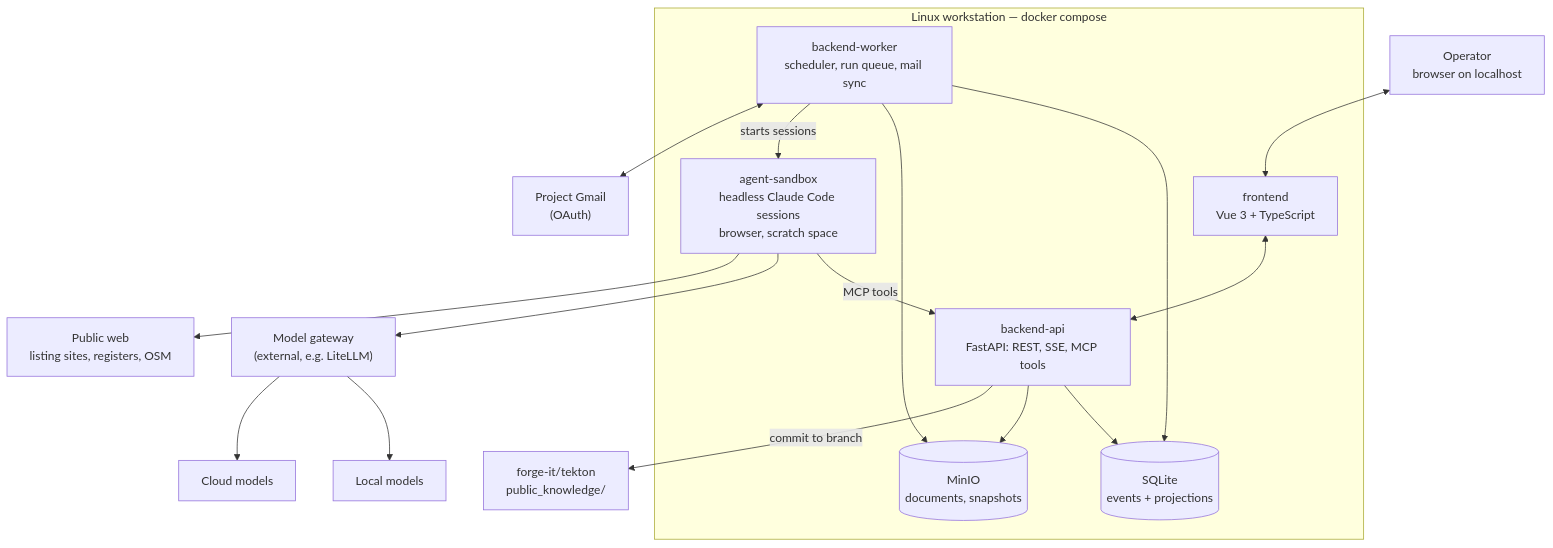
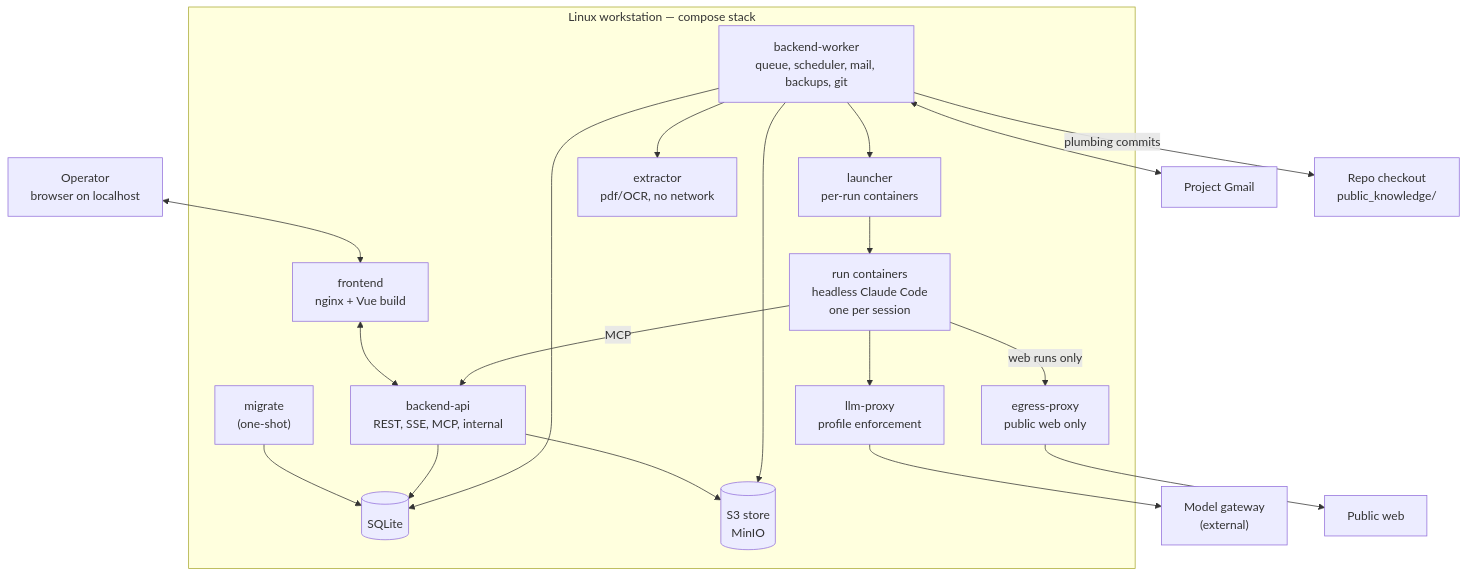
The diagram in docs/technical-spec.md (forgeit-co/tekton), drawn with Mermaid before and after one commit. The commit also changed other lines of this file and 4 other files, not shown here.

````diff
--- a/docs/technical-spec.md
+++ b/docs/technical-spec.md
@@ -17,34 +31,37 @@
 ```mermaid
 flowchart TB
     OP["Operator<br/>browser on localhost"]
 
-    subgraph WS["Linux workstation — docker compose"]
-        FE["frontend<br/>Vue 3 + TypeScript"]
-        API["backend-api<br/>FastAPI: REST, SSE, MCP tools"]
-        WK["backend-worker<br/>scheduler, run queue, mail sync"]
-        DB[("SQLite<br/>events + projections")]
-        S3[("MinIO<br/>documents, snapshots")]
-        SB["agent-sandbox<br/>headless Claude Code sessions<br/>browser, scratch space"]
+    subgraph WS["Linux workstation — compose stack"]
+        FE["frontend<br/>nginx + Vue build"]
+        API["backend-api<br/>REST, SSE, MCP, internal"]
+        WK["backend-worker<br/>queue, scheduler, mail, backups, git"]
+        MIG["migrate<br/>(one-shot)"]
+        DB[("SQLite")]
+        S3[("S3 store<br/>MinIO")]
+        LNC["launcher<br/>per-run containers"]
+        EXT["extractor<br/>pdf/OCR, no network"]
+        LLM["llm-proxy<br/>profile enforcement"]
+        EGR["egress-proxy<br/>public web only"]
+        RUN["run containers<br/>headless Claude Code<br/>one per session"]
     end
 
-    GW["Model gateway<br/>(external, e.g. LiteLLM)"]
-    LOCAL["Local models"]
-    CLOUD["Cloud models"]
-    GMAIL["Project Gmail<br/>(OAuth)"]
-    WEB["Public web<br/>listing sites, registers, OSM"]
-    GIT["forge-it/tekton<br/>public_knowledge/"]
+    GW["Model gateway<br/>(external)"]
+    WEB["Public web"]
+    GMAIL["Project Gmail"]
+    REPO["Repo checkout<br/>public_knowledge/"]
 
     OP <--> FE <--> API
+    MIG --> DB
     API --> DB
+    WK --> DB
     API --> S3
-    WK --> DB
     WK --> S3
-    WK -->|starts sessions| SB
-    SB -->|MCP tools| API
-    SB --> GW
-    GW --> LOCAL
-    GW --> CLOUD
-    SB --> WEB
+    WK --> LNC --> RUN
+    WK --> EXT
+    RUN -->|MCP| API
+    RUN --> LLM --> GW
+    RUN -->|web runs only| EGR --> WEB
     WK <--> GMAIL
-    API -->|commit to branch| GIT
+    WK -->|plumbing commits| REPO
 ```
````
